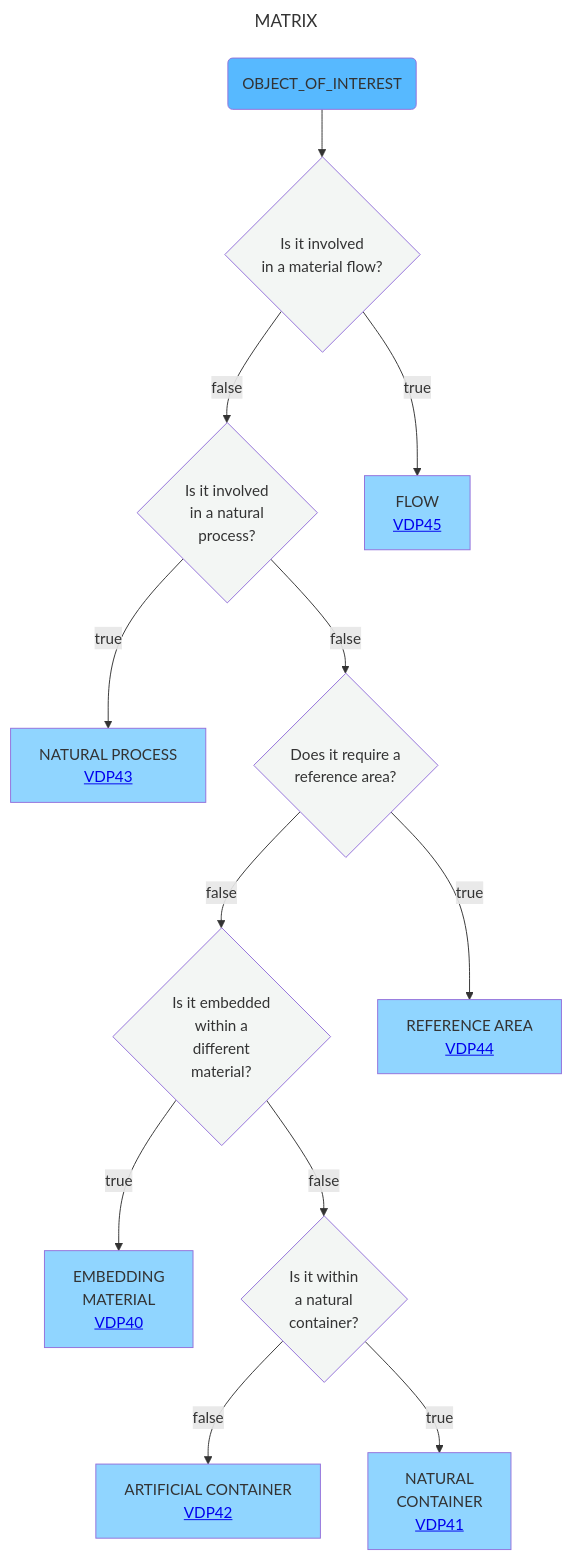
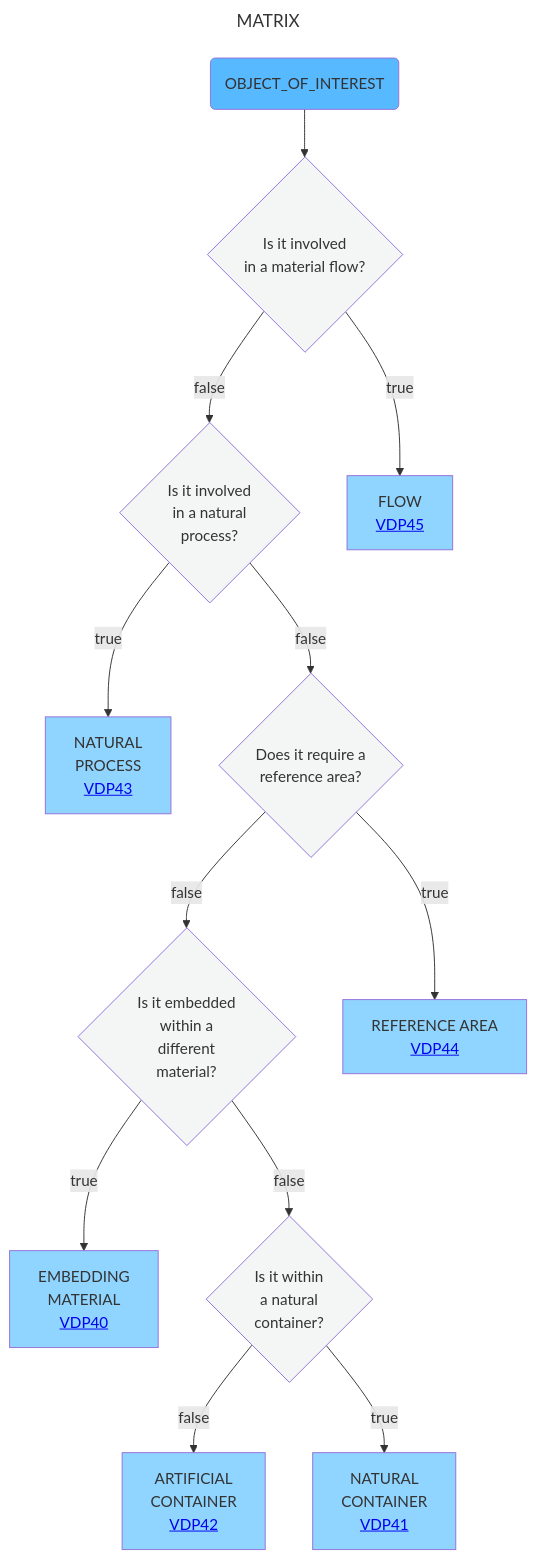
The diagram in Decisition_trees/DT8.mmd (mabablue/I-ADOPT-patterns-playground), drawn with Mermaid before and after one commit.

Commit message:
Update labels in decision tree for clarity

```diff
--- a/Decisition_trees/DT8.mmd
+++ b/Decisition_trees/DT8.mmd
@@ -1,20 +1,20 @@
 ---
 title: MATRIX
 ---
 flowchart TD
     A(OBJECT_OF_INTEREST):::satblue  --> AB{Is it involved <br> in a material flow?}:::white
     AB --> |false|B{Is it involved <br> in a natural <br>process?}:::white
     AB --> |true|O[FLOW <br> <a href='https://github.com/mabablue/I-ADOPT-patterns-playground/blob/main/pattern/VDP45.yaml'>VDP45</a>]:::blue
-    B --> |true|C[NATURAL PROCESS <br> <a href='https://github.com/mabablue/I-ADOPT-patterns-playground/blob/main/pattern/VDP43.yaml'>VDP43</a>]:::blue
+    B --> |true|C[NATURAL <br> PROCESS <br> <a href='https://github.com/mabablue/I-ADOPT-patterns-playground/blob/main/pattern/VDP43.yaml'>VDP43</a>]:::blue
     B --> |false|D{Does it require a <br> reference area?}:::white
     D --> |false|E{Is it embedded <br> within a <br> different <br> material?}:::white
     D --> |true|F[REFERENCE AREA <br> <a href='https://github.com/mabablue/I-ADOPT-patterns-playground/blob/main/pattern/VDP44.yaml'>VDP44</a>]:::blue
     E --> |true|G[EMBEDDING <br> MATERIAL <br> <a href='https://github.com/mabablue/I-ADOPT-patterns-playground/blob/main/pattern/VDP40.yaml'>VDP40</a>]:::blue
     E --> |false|H{Is it within <br> a natural <br> container?}:::white
-    H --> |false|I[ARTIFICIAL CONTAINER <br> <a href='https://github.com/mabablue/I-ADOPT-patterns-playground/blob/main/pattern/VDP42.yaml'>VDP42</a>]:::blue
+    H --> |false|I[ARTIFICIAL <br> CONTAINER <br> <a href='https://github.com/mabablue/I-ADOPT-patterns-playground/blob/main/pattern/VDP42.yaml'>VDP42</a>]:::blue
     H --> |true|J[NATURAL <br> CONTAINER <br> <a href='https://github.com/mabablue/I-ADOPT-patterns-playground/blob/main/pattern/VDP41.yaml'>VDP41</a>]:::blue
 
    classDef blue fill:#90D5FF
    classDef satblue fill:#57B9FF 
    classDef white fill:#f3f6f4
    classDef green fill:#6aa84f
```
